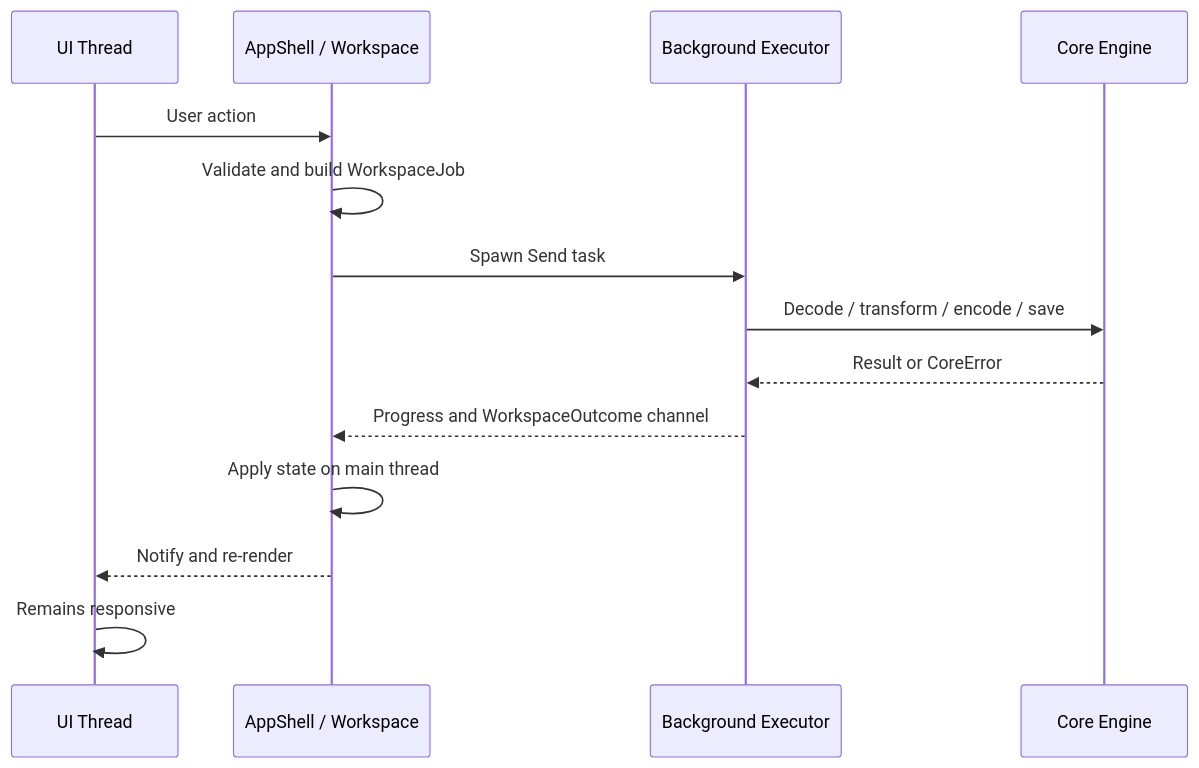
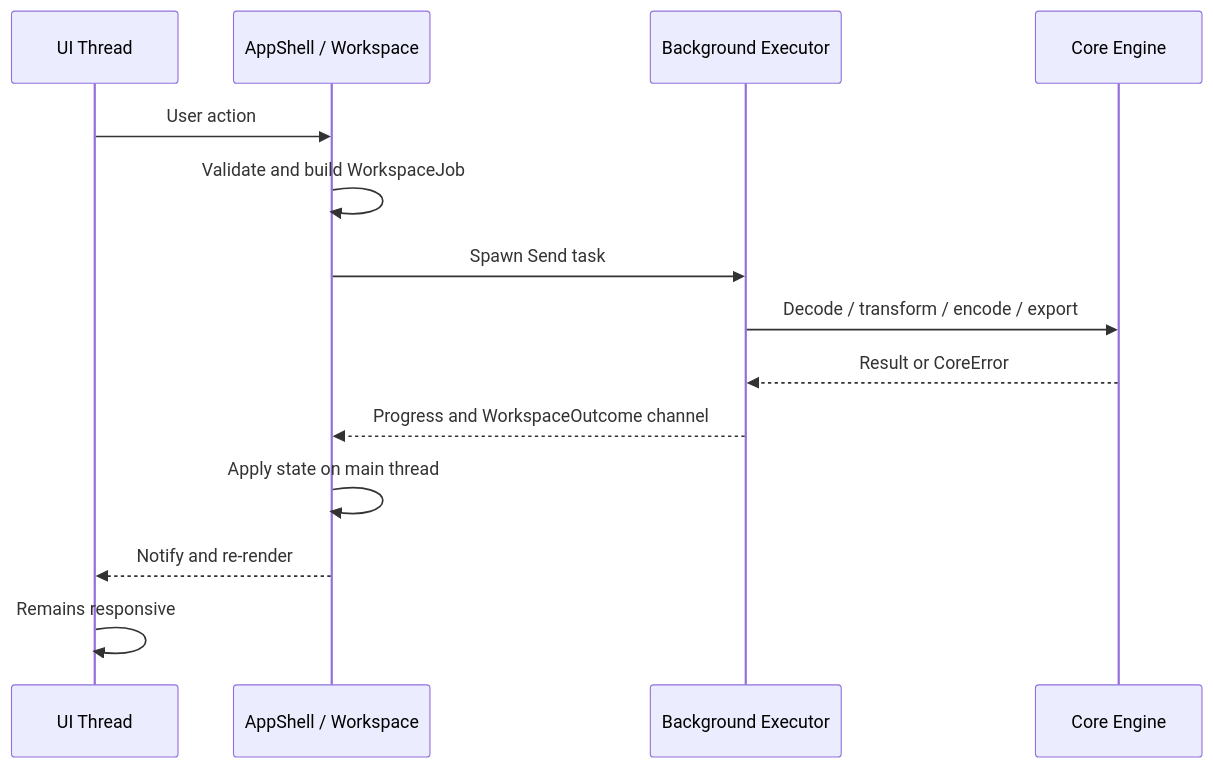
Before and after one commit to willmove/impressy: the second of 2 diagrams in docs/spec/design.md, drawn with Mermaid. The commit also changed other lines of this file and 29 other files, not shown here.

````diff
--- a/docs/spec/design.md
+++ b/docs/spec/design.md
@@ -136,17 +141,17 @@
 ```mermaid
 sequenceDiagram
     participant U as UI Thread
     participant M as AppShell / Workspace
     participant B as Background Executor
     participant C as Core Engine
 
     U->>M: User action
     M->>M: Validate and build WorkspaceJob
     M->>B: Spawn Send task
-    B->>C: Decode / transform / encode / save
+    B->>C: Decode / transform / encode / export
     C-->>B: Result or CoreError
     B-->>M: Progress and WorkspaceOutcome channel
     M->>M: Apply state on main thread
     M-->>U: Notify and re-render
     U->>U: Remains responsive
 ```
````
